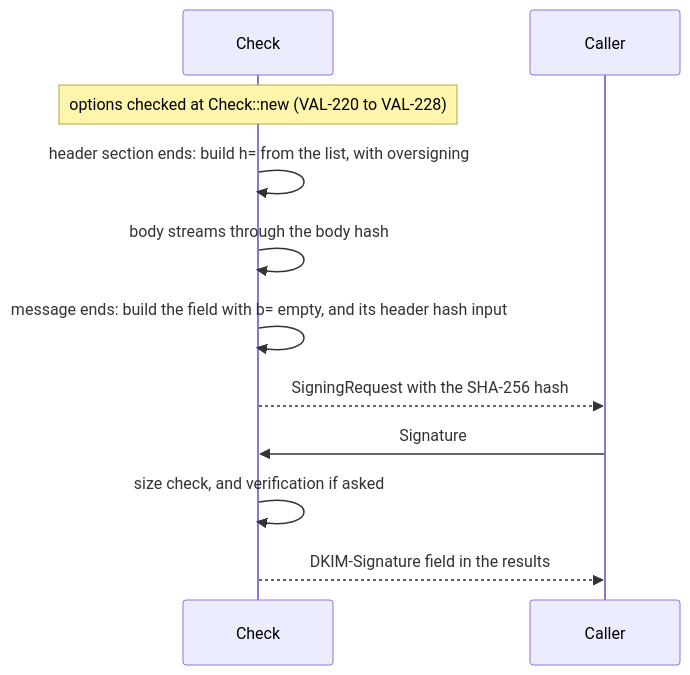
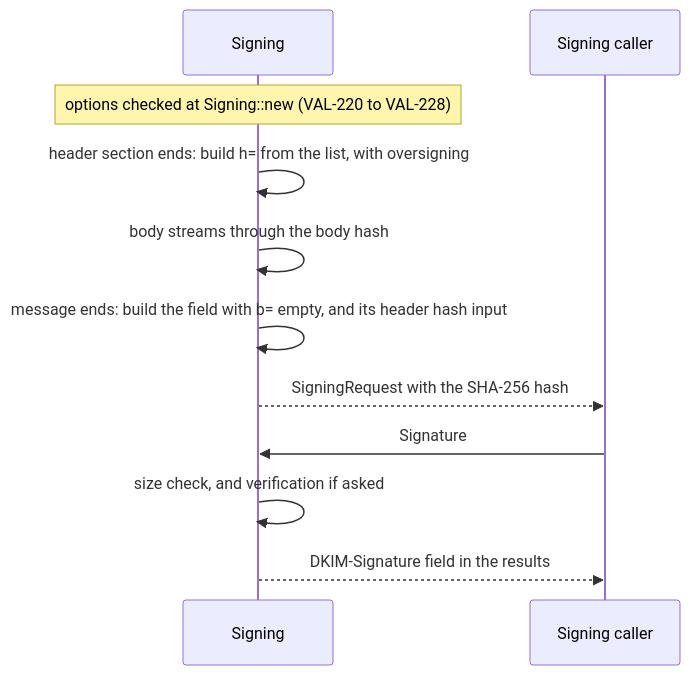
The third of 3 diagrams in docs/reference/design/dkim.md (photom/hallmark), drawn with Mermaid before and after one commit. The commit also changed other lines of this file and 48 other files, not shown here.

First line of the commit message:
Give the signing caller its own entry type, Signing, apart from Check (#19)

````diff
--- a/docs/reference/design/dkim.md
+++ b/docs/reference/design/dkim.md
@@ -126,13 +126,13 @@
 ```mermaid
 sequenceDiagram
-    participant Check
-    participant Caller
-    Note over Check: options checked at Check::new (VAL-220 to VAL-228)
-    Check->>Check: header section ends: build h= from the list, with oversigning
-    Check->>Check: body streams through the body hash
-    Check->>Check: message ends: build the field with b= empty, and its header hash input
-    Check-->>Caller: SigningRequest with the SHA-256 hash
-    Caller->>Check: Signature
-    Check->>Check: size check, and verification if asked
-    Check-->>Caller: DKIM-Signature field in the results
+    participant Signing
+    participant Caller as Signing caller
+    Note over Signing: options checked at Signing::new (VAL-220 to VAL-228)
+    Signing->>Signing: header section ends: build h= from the list, with oversigning
+    Signing->>Signing: body streams through the body hash
+    Signing->>Signing: message ends: build the field with b= empty, and its header hash input
+    Signing-->>Caller: SigningRequest with the SHA-256 hash
+    Caller->>Signing: Signature
+    Signing->>Signing: size check, and verification if asked
+    Signing-->>Caller: DKIM-Signature field in the results
 ```
````
